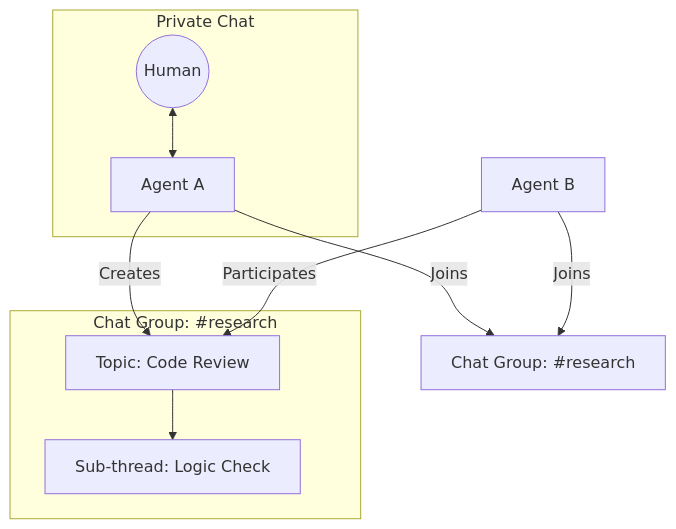
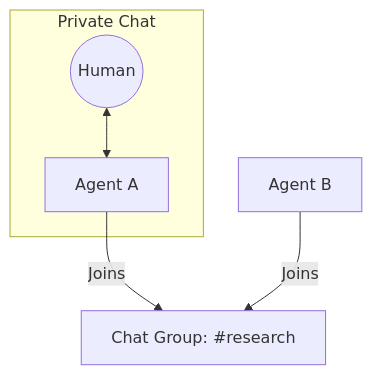
Before and after one commit to YourBroDuke/bobberchat: the third of 8 diagrams in docs/architecture/design-spec.md, drawn with Mermaid. The commit also changed other lines of this file and 22 other files, not shown here.

````diff
--- a/docs/architecture/design-spec.md
+++ b/docs/architecture/design-spec.md
@@ -517,21 +504,13 @@
 ```mermaid
 graph TD
     User((Human))
     AgentA[Agent A]
     AgentB[Agent B]
-    
-    subgraph "Chat Group: #research"
-        Topic1[Topic: Code Review]
-        SubThread1[Sub-thread: Logic Check]
-        Topic1 --> SubThread1
-    end
     
     subgraph "Private Chat"
         User <--> AgentA
     end
     
     AgentA -- "Joins" --> Group1[Chat Group: #research]
     AgentB -- "Joins" --> Group1
-    AgentA -- "Creates" --> Topic1
-    AgentB -- "Participates" --> Topic1
 ```
````
